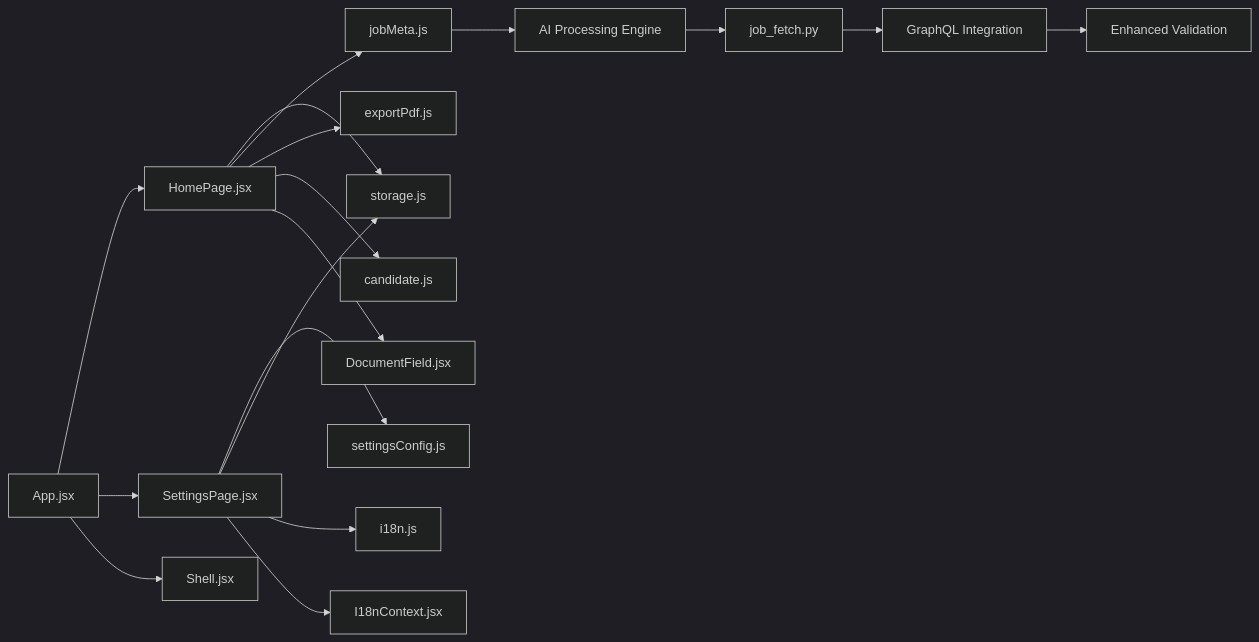
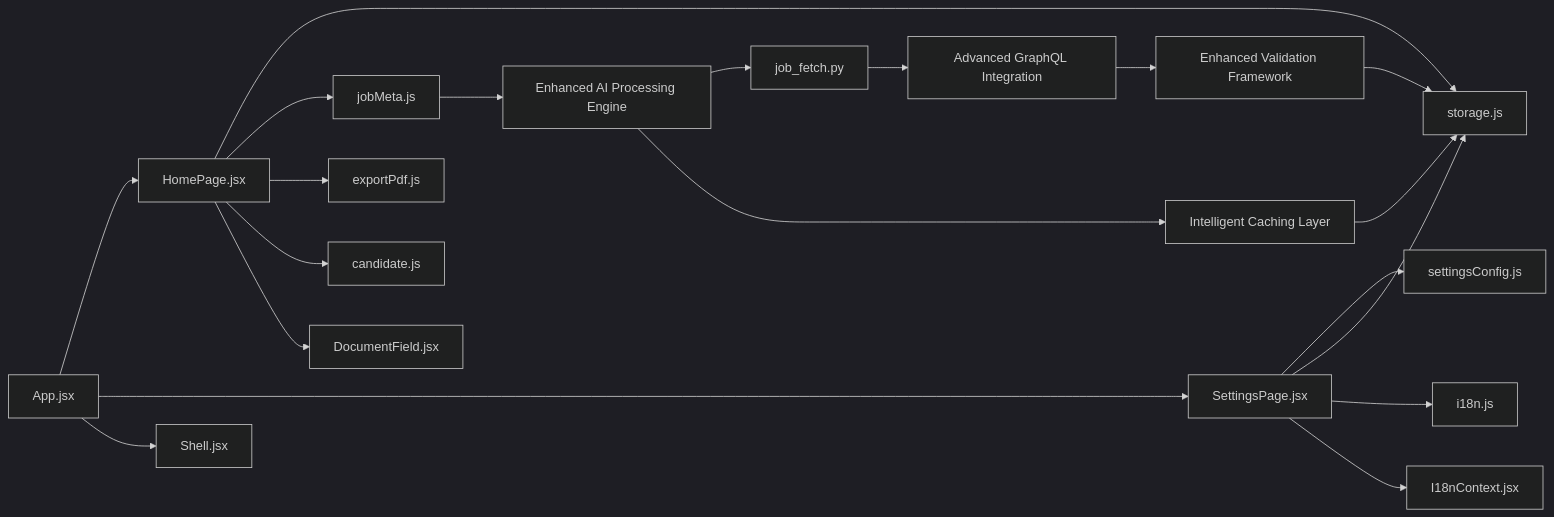
Diagram 12 of 12 in .qoder/repowiki/en/content/Core Features/Job Application Management.md (zmyeo54/briefroom), drawn with Mermaid (dark theme) before and after one commit. The commit also changed other lines of this file and 37 other files, not shown here.

First line of the commit message:
feat(job-application): enhance job metadata extraction and processing capabilities

````diff
--- a/.qoder/repowiki/en/content/Core Features/Job Application Management.md
+++ b/.qoder/repowiki/en/content/Core Features/Job Application Management.md
@@ -528,19 +626,22 @@
 ```mermaid
 graph LR
 App["App.jsx"] --> Home["HomePage.jsx"]
 App --> Settings["SettingsPage.jsx"]
 Home --> Storage["storage.js"]
 Home --> JobMeta["jobMeta.js"]
 Home --> Export["exportPdf.js"]
 Home --> Candidate["candidate.js"]
 Settings --> SettingsCfg["settingsConfig.js"]
 Settings --> Storage
 Settings --> I18n["i18n.js"]
 Settings --> I18nCtx["I18nContext.jsx"]
 Home --> DocField["DocumentField.jsx"]
 App --> Shell["Shell.jsx"]
-JobMeta --> AIProcessing["AI Processing Engine"]
+JobMeta --> AIProcessing["Enhanced AI Processing Engine"]
 AIProcessing --> Script["job_fetch.py"]
-Script --> GraphQL["GraphQL Integration"]
-GraphQL --> Validation["Enhanced Validation"]
+Script --> GraphQL["Advanced GraphQL Integration"]
+GraphQL --> Validation["Enhanced Validation Framework"]
+Validation --> Storage
+AIProcessing --> Cache["Intelligent Caching Layer"]
+Cache --> Storage
 ```
````
